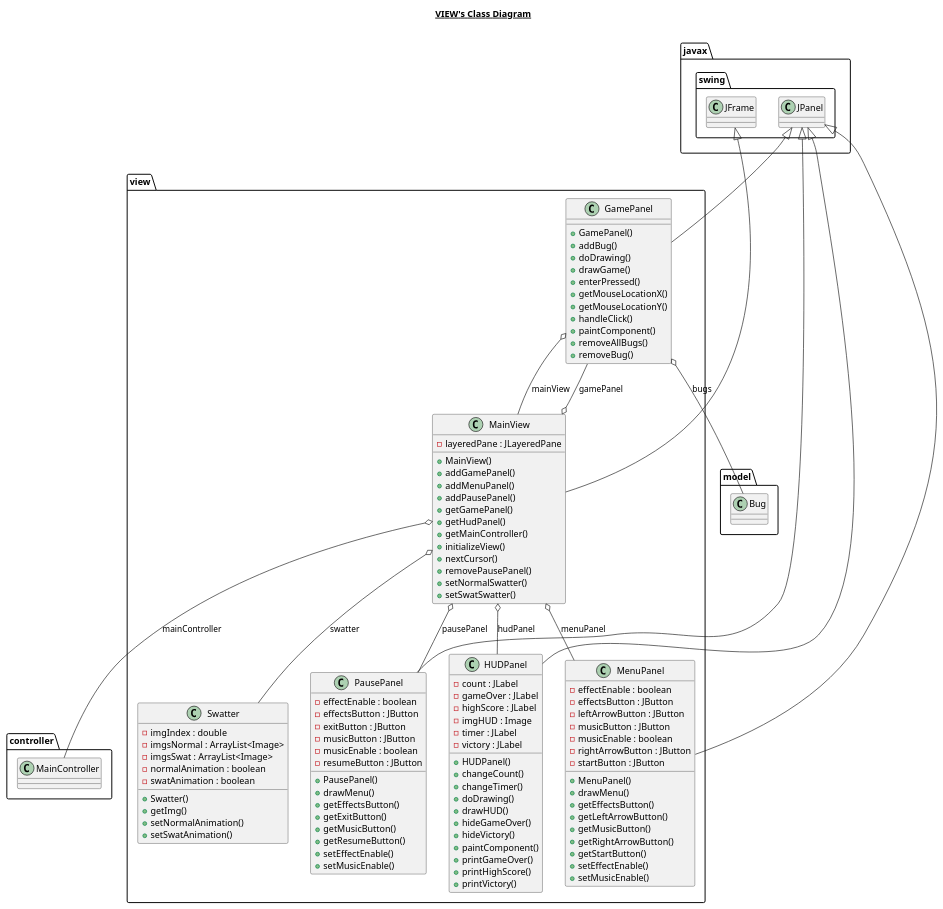
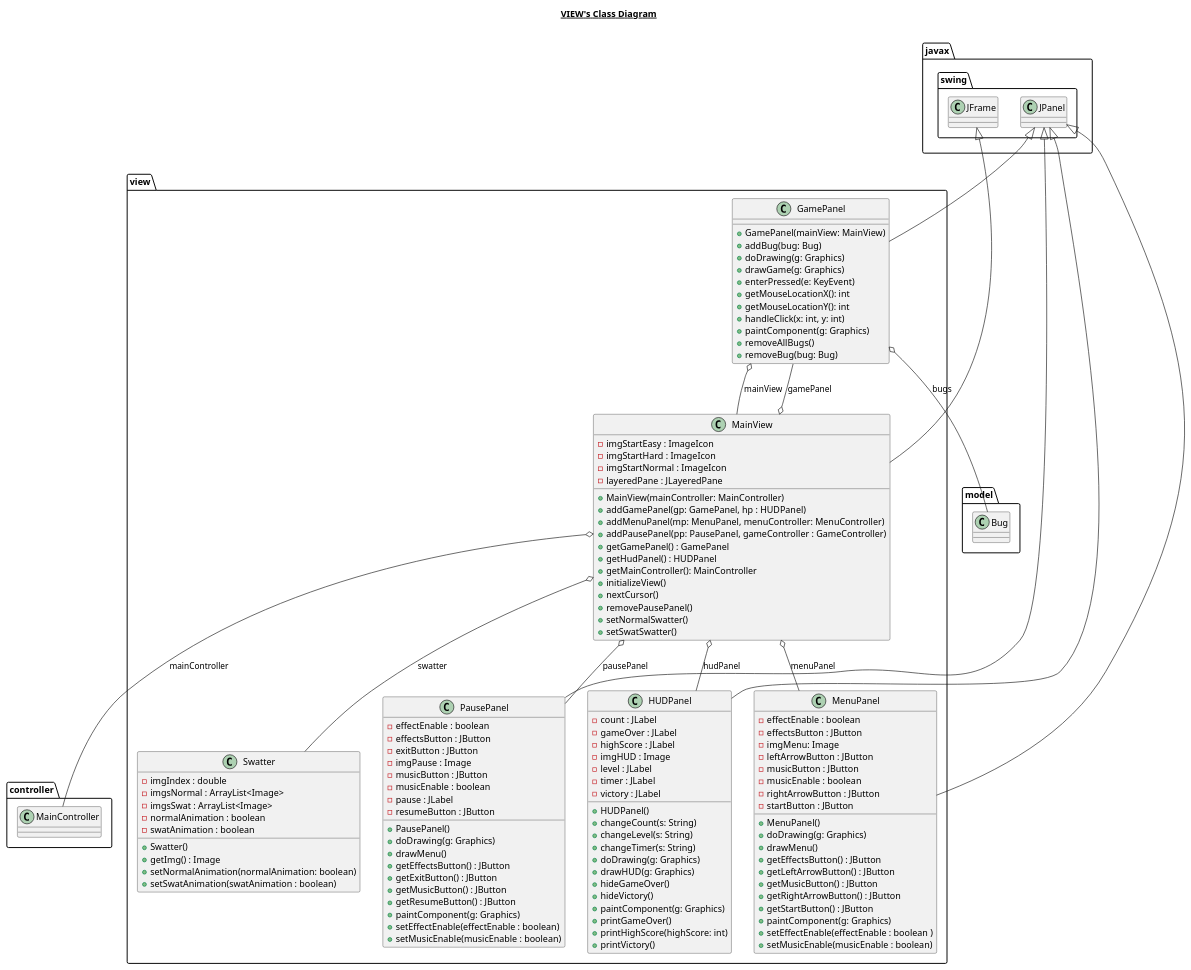
Before and after one commit to lcintini/JFlySwatter: the diagram in out/production/JFlySwatter/view/view.plantuml, drawn with PlantUML. The commit also changed 27 other files, not shown here.

```diff
--- a/out/production/JFlySwatter/view/view.plantuml
+++ b/out/production/JFlySwatter/view/view.plantuml
@@ -1,137 +1,149 @@
 @startuml
 
 title __VIEW's Class Diagram__\n
 
   namespace view {
       class view.GamePanel {
-          + GamePanel()
-          + addBug()
-          + doDrawing()
-          + drawGame()
-          + enterPressed()
-          + getMouseLocationX()
-          + getMouseLocationY()
-          + handleClick()
-          + paintComponent()
+          + GamePanel(mainView: MainView)
+          + addBug(bug: Bug)
+          + doDrawing(g: Graphics)
+          + drawGame(g: Graphics)
+          + enterPressed(e: KeyEvent)
+          + getMouseLocationX(): int
+          + getMouseLocationY(): int
+          + handleClick(x: int, y: int)
+          + paintComponent(g: Graphics)
           + removeAllBugs()
-          + removeBug()
+          + removeBug(bug: Bug)
       }
     }
   
 
   namespace view {
       class view.HUDPanel {
           - count : JLabel
           - gameOver : JLabel
           - highScore : JLabel
           - imgHUD : Image
+          - level : JLabel
           - timer : JLabel
           - victory : JLabel
           + HUDPanel()
-          + changeCount()
-          + changeTimer()
-          + doDrawing()
-          + drawHUD()
+          + changeCount(s: String)
+          + changeLevel(s: String)
+          + changeTimer(s: String)
+          + doDrawing(g: Graphics)
+          + drawHUD(g: Graphics)
           + hideGameOver()
           + hideVictory()
-          + paintComponent()
+          + paintComponent(g: Graphics)
           + printGameOver()
-          + printHighScore()
+          + printHighScore(highScore: int)
           + printVictory()
       }
     }
   
 
  namespace view {
       class view.MainView {
+          - imgStartEasy : ImageIcon
+          - imgStartHard : ImageIcon
+          - imgStartNormal : ImageIcon
           - layeredPane : JLayeredPane
-          + MainView()
-          + addGamePanel()
-          + addMenuPanel()
-          + addPausePanel()
-          + getGamePanel()
-          + getHudPanel()
-          + getMainController()
+          + MainView(mainController: MainController)
+          + addGamePanel(gp: GamePanel, hp : HUDPanel)
+          + addMenuPanel(mp: MenuPanel, menuController: MenuController)
+          + addPausePanel(pp: PausePanel, gameController : GameController)
+          + getGamePanel() : GamePanel
+          + getHudPanel() : HUDPanel
+          + getMainController(): MainController
           + initializeView()
           + nextCursor()
           + removePausePanel()
           + setNormalSwatter()
           + setSwatSwatter()
       }
     }
   
 
   namespace view {
       class view.MenuPanel {
           - effectEnable : boolean
           - effectsButton : JButton
+          - imgMenu: Image
           - leftArrowButton : JButton
           - musicButton : JButton
           - musicEnable : boolean
           - rightArrowButton : JButton
           - startButton : JButton
           + MenuPanel()
+          + doDrawing(g: Graphics)
           + drawMenu()
-          + getEffectsButton()
-          + getLeftArrowButton()
-          + getMusicButton()
-          + getRightArrowButton()
-          + getStartButton()
-          + setEffectEnable()
-          + setMusicEnable()
+          + getEffectsButton() : JButton
+          + getLeftArrowButton() : JButton
+          + getMusicButton() : JButton
+          + getRightArrowButton() : JButton
+          + getStartButton() : JButton
+          + paintComponent(g: Graphics)
+          + setEffectEnable(effectEnable : boolean )
+          + setMusicEnable(musicEnable : boolean)
       }
     }
   
 
   namespace view {
       class view.PausePanel {
           - effectEnable : boolean
           - effectsButton : JButton
           - exitButton : JButton
+          - imgPause : Image
           - musicButton : JButton
           - musicEnable : boolean
+          - pause : JLabel
           - resumeButton : JButton
           + PausePanel()
+          + doDrawing(g: Graphics)
           + drawMenu()
-          + getEffectsButton()
-          + getExitButton()
-          + getMusicButton()
-          + getResumeButton()
-          + setEffectEnable()
-          + setMusicEnable()
+          + getEffectsButton() : JButton
+          + getExitButton() : JButton
+          + getMusicButton() : JButton
+          + getResumeButton() : JButton
+          + paintComponent(g: Graphics)
+          + setEffectEnable(effectEnable : boolean)
+          + setMusicEnable(musicEnable : boolean)
       }
     }
   
 
   namespace view {
       class view.Swatter {
           - imgIndex : double
           - imgsNormal : ArrayList<Image>
           - imgsSwat : ArrayList<Image>
           - normalAnimation : boolean
           - swatAnimation : boolean
           + Swatter()
-          + getImg()
-          + setNormalAnimation()
-          + setSwatAnimation()
+          + getImg() : Image
+          + setNormalAnimation(normalAnimation: boolean)
+          + setSwatAnimation(swatAnimation : boolean)
       }
     }
   
 
   view.GamePanel -up-|> javax.swing.JPanel
   view.GamePanel o-- view.MainView : mainView
   view.HUDPanel -up-|> javax.swing.JPanel
   view.MainView -up-|> javax.swing.JFrame
   view.MainView o-- view.GamePanel : gamePanel
   view.MainView o-- view.HUDPanel : hudPanel
   view.MainView o-- controller.MainController : mainController
   view.MainView o-- view.MenuPanel : menuPanel
   view.MainView o-- view.PausePanel : pausePanel
   view.MainView o-- view.Swatter : swatter
   view.MenuPanel -up-|> javax.swing.JPanel
   view.PausePanel -up-|> javax.swing.JPanel
     view.GamePanel o-- model.Bug : bugs
 
 
 
 @enduml
```
